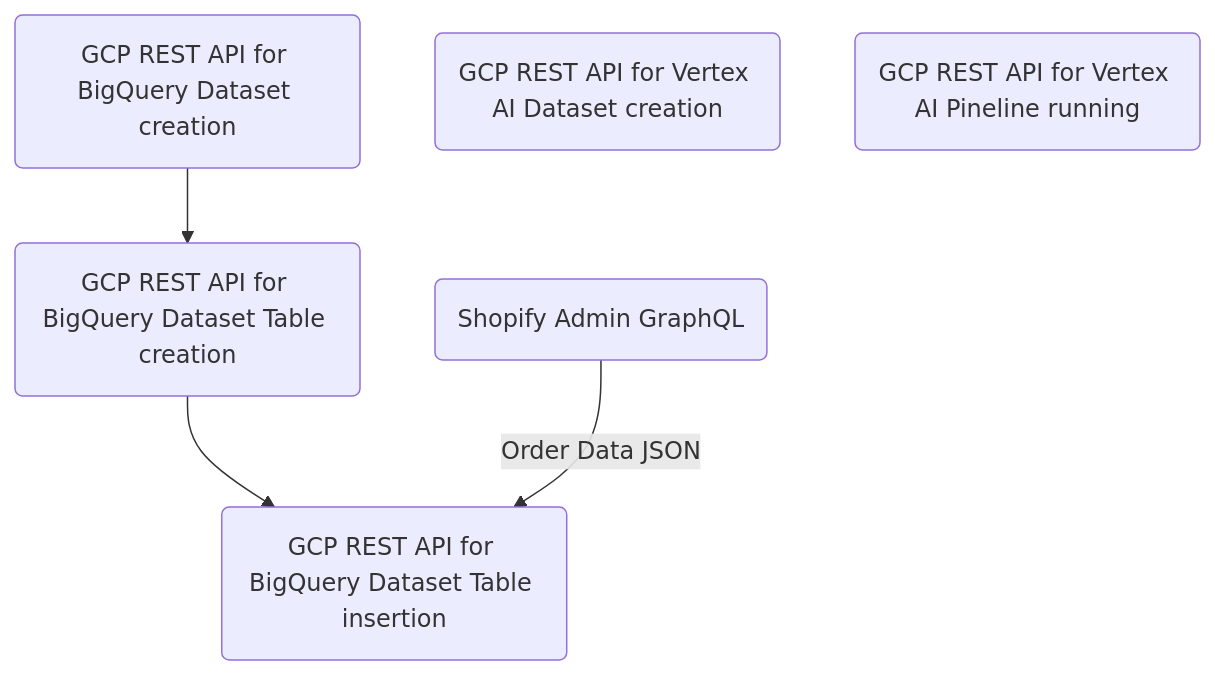
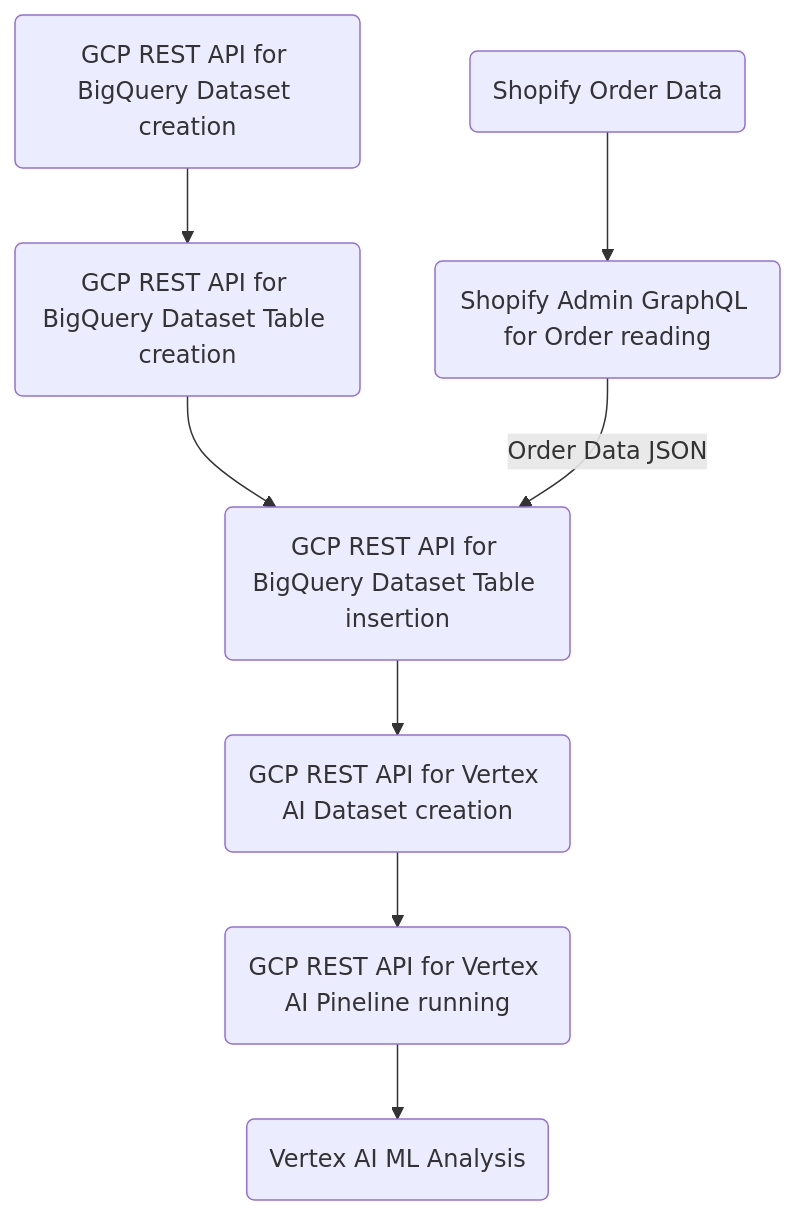
One commit to benzookapi/shopify-gcp-demo changed the diagram in README.GCP.md. Above: the diagram before and after it, drawn with Mermaid.

````diff
--- a/README.GCP.md
+++ b/README.GCP.md
@@ -1,25 +1,37 @@
 ```mermaid
 
 graph TD
 
-  ShopifyApi("Shopify Admin GraphQL")
+  ShopifyOrders("Shopify Order Data")
+
+  ShopifyApi("Shopify Admin GraphQL for Order reading")
 
   GcpRestApiBigQueryDataSet("GCP REST API for BigQuery Dataset creation")
 
   GcpRestApiBigQueryTable("GCP REST API for BigQuery Dataset Table creation")
 
   GcpRestApiBigQueryInsert("GCP REST API for BigQuery Dataset Table insertion")
 
   GcpRestApiVertexDataset("GCP REST API for Vertex AI Dataset creation")
 
   GcpRestApiVertexRun("GCP REST API for Vertex AI Pineline running")
 
+  GcpRestApiVertexResult("Vertex AI ML Analysis")
+
+  ShopifyOrders-->ShopifyApi
+
   GcpRestApiBigQueryDataSet-->GcpRestApiBigQueryTable
 
   GcpRestApiBigQueryTable-->GcpRestApiBigQueryInsert
 
   ShopifyApi-->|Order Data JSON|GcpRestApiBigQueryInsert
 
+  GcpRestApiBigQueryInsert-->GcpRestApiVertexDataset
+
+  GcpRestApiVertexDataset-->GcpRestApiVertexRun
+
+  GcpRestApiVertexRun-->GcpRestApiVertexResult
+
 
 
 ```
````
